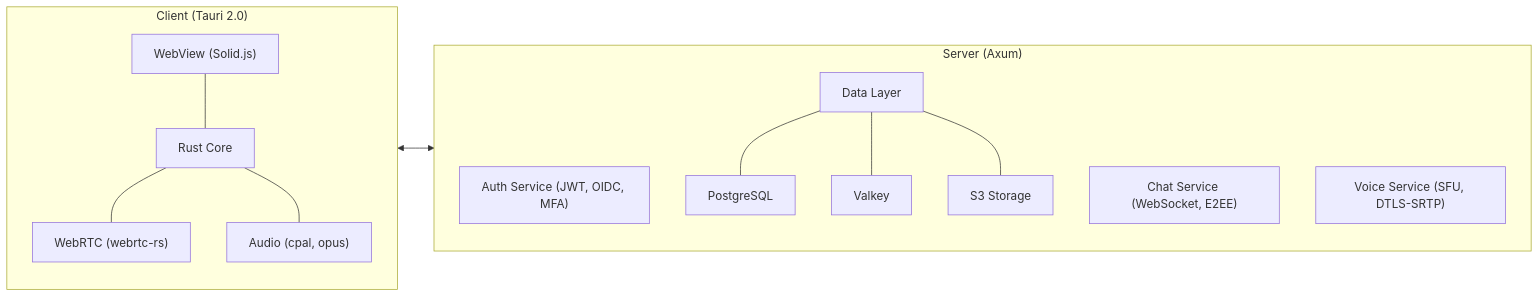
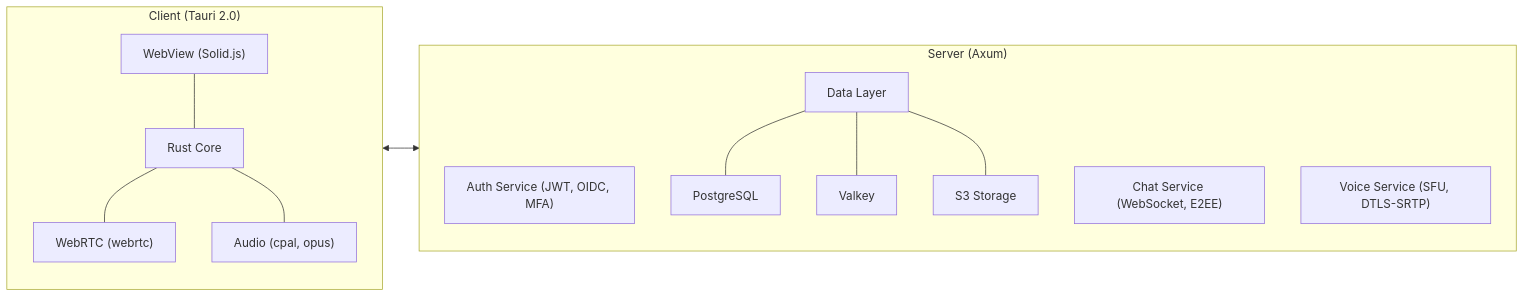
The diagram in docs/developer-guide/agents/overview.md (Detair/kaiku), drawn with Mermaid before and after one commit. The commit also changed 9 other files, not shown here.

First line of the commit message:
docs: fix documentation inconsistencies and update diagrams (#308)

````diff
--- a/docs/developer-guide/agents/overview.md
+++ b/docs/developer-guide/agents/overview.md
@@ -11,31 +11,31 @@
 ```mermaid
 flowchart LR
     subgraph Client ["Client (Tauri 2.0)"]
         direction TB
         WebView["WebView (Solid.js)"]
         RustCore["Rust Core"]
-        WebRTC["WebRTC (webrtc-rs)"]
+        WebRTC["WebRTC (webrtc)"]
         Audio["Audio (cpal, opus)"]
         
         RustCore --- WebRTC
         RustCore --- Audio
         WebView --- RustCore
     end
 
     subgraph Server ["Server (Axum)"]
         direction TB
         Auth["Auth Service (JWT, OIDC, MFA)"]
         Chat["Chat Service (WebSocket, E2EE)"]
         Voice["Voice Service (SFU, DTLS-SRTP)"]
         Data["Data Layer"]
         PG["PostgreSQL"]
         Valkey["Valkey"]
         S3["S3 Storage"]
         
         Data --- PG
         Data --- Valkey
         Data --- S3
     end
 
     Client <--> Server
 ```
````
